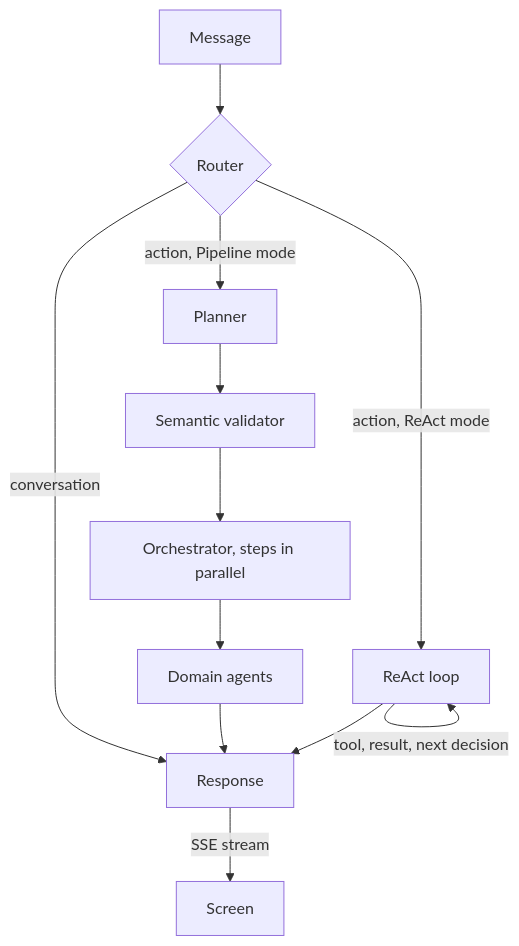
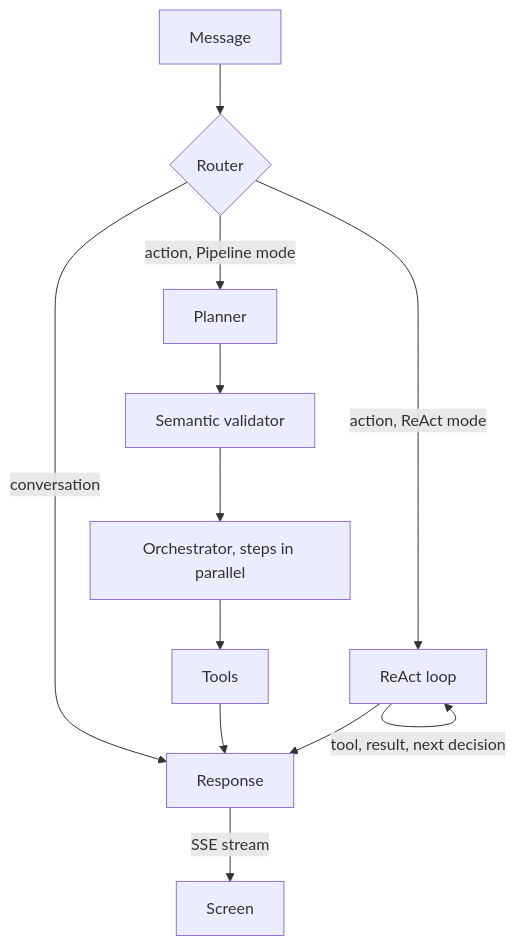
Before and after one commit to jgouviergmail/LIA-Assistant: the second of 4 diagrams in apps/web/src/data/guides/how.en.md, drawn with Mermaid. The commit also changed other lines of this file and 612 other files, not shown here.

````diff
--- a/apps/web/src/data/guides/how.en.md
+++ b/apps/web/src/data/guides/how.en.md
@@ -86,14 +86,14 @@
 ```mermaid
 flowchart TD
     M["Message"] --> R{"Router"}
     R -->|"conversation"| S["Response"]
     R -->|"action, Pipeline mode"| P["Planner"]
     P --> V["Semantic validator"]
     V --> O["Orchestrator, steps in parallel"]
-    O --> A["Domain agents"]
+    O --> A["Tools"]
     A --> S
     R -->|"action, ReAct mode"| L["ReAct loop"]
     L -->|"tool, result, next decision"| L
     L --> S
     S -->|"SSE stream"| U["Screen"]
 ```
````
